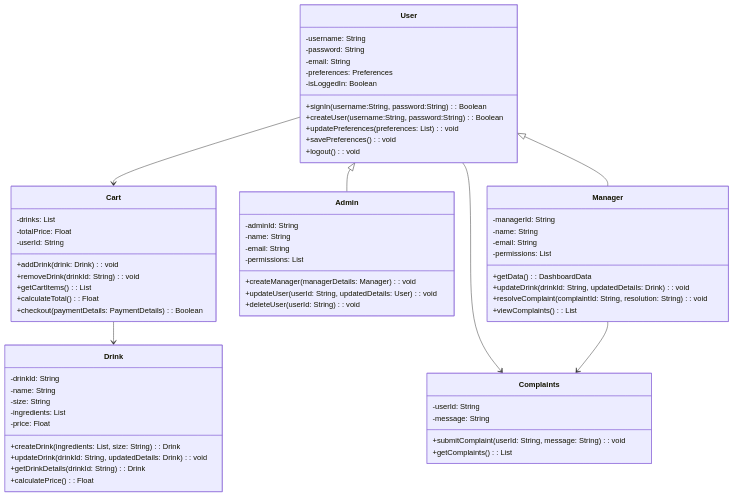
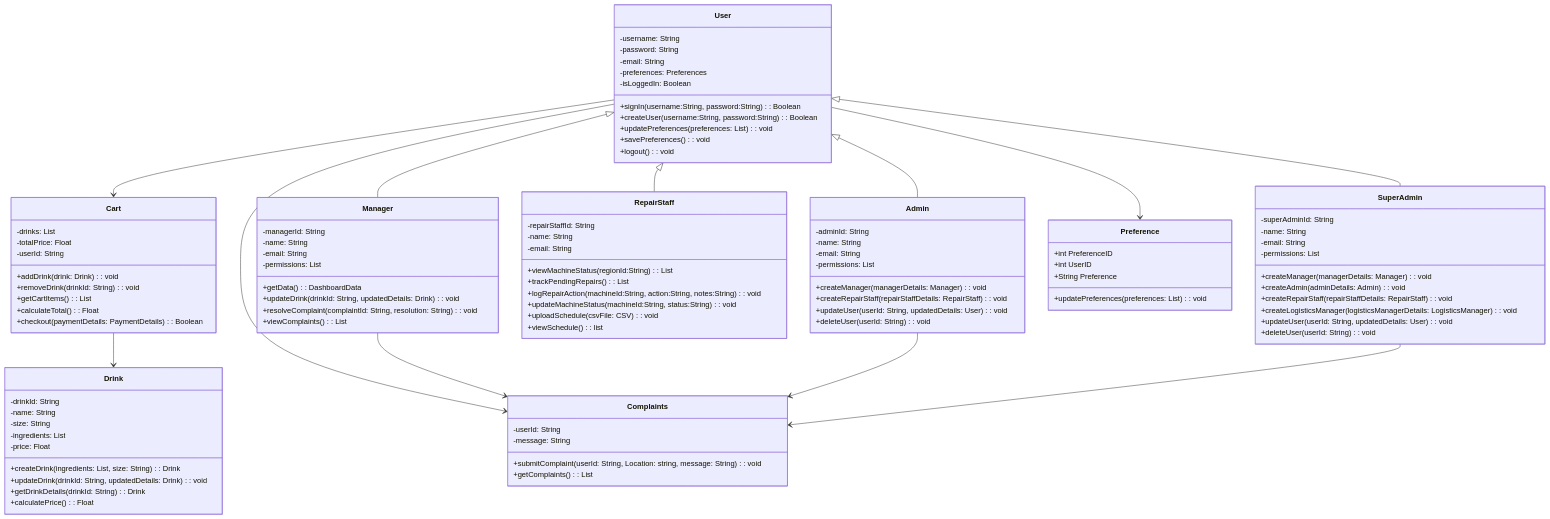
One commit to smithdb3/codepop changed the fifth of 7 diagrams in CurrentLowLevelDesign.md. Above: the diagram before and after it, drawn with Mermaid.

Commit message:
Updated Subsystems and Class Diagrams

````diff
--- a/CurrentLowLevelDesign.md
+++ b/CurrentLowLevelDesign.md
@@ -572,6 +572,6 @@
 ```mermaid
 classDiagram
-    class User {
+        class User {
         -username: String
         -password: String
         -email: String
@@ -613,8 +613,34 @@
         -email: String
         -permissions: List<String>
         +createManager(managerDetails: Manager): void
+        +createRepairStaff(repairStaffDetails: RepairStaff): void
         +updateUser(userId: String, updatedDetails: User): void
         +deleteUser(userId: String): void
+    }
+
+    class SuperAdmin {
+        -superAdminId: String
+        -name: String
+        -email: String
+        -permissions: List<String>
+        +createManager(managerDetails: Manager): void
+        +createAdmin(adminDetails: Admin): void
+        +createRepairStaff(repairStaffDetails: RepairStaff): void
+        +createLogisticsManager(logisticsManagerDetails: LogisticsManager): void
+        +updateUser(userId: String, updatedDetails: User): void
+        +deleteUser(userId: String): void
+    }
+
+    class RepairStaff {
+        -repairStaffId: String
+        -name: String
+        -email: String
+        +viewMachineStatus(regionId:String): List<MachineStatus>
+        +trackPendingRepairs(): List<Machine>
+        +logRepairAction(machineId:String, action:String, notes:String): void
+        +updateMachineStatus(machineId:String, status:String): void
+        +uploadSchedule(csvFile: CSV): void
+        +viewSchedule(): list<Schedule>
     }
 
     class Manager {
@@ -631,15 +657,27 @@
     class Complaints {
         -userId: String
         -message: String
-        +submitComplaint(userId: String, message: String): void
+        +submitComplaint(userId: String, Location: string, message: String): void
         +getComplaints(): List<Complaints>
+    }
+
+    class Preference {
+        +int PreferenceID
+        +int UserID
+        +String Preference
+        +updatePreferences(preferences: List<String>): void
     }
 
     %% relationships
     User --> Cart
     Cart --> Drink
     User <|-- Admin
+    User <|-- SuperAdmin
     User <|-- Manager
+    User <|-- RepairStaff
     User --> Complaints
+    User --> Preference
     Manager --> Complaints
+    Admin --> Complaints
+    SuperAdmin --> Complaints
 ```
````
